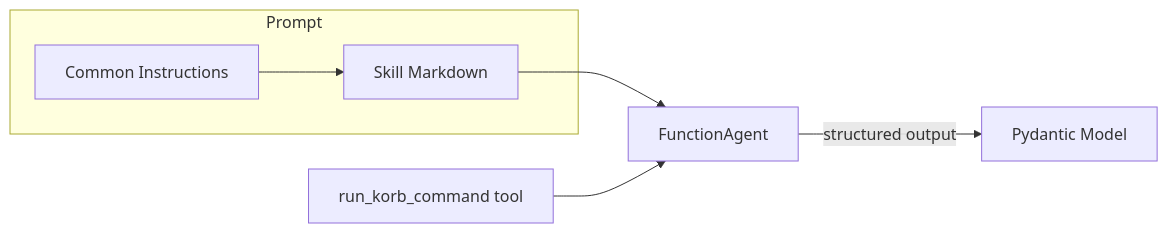
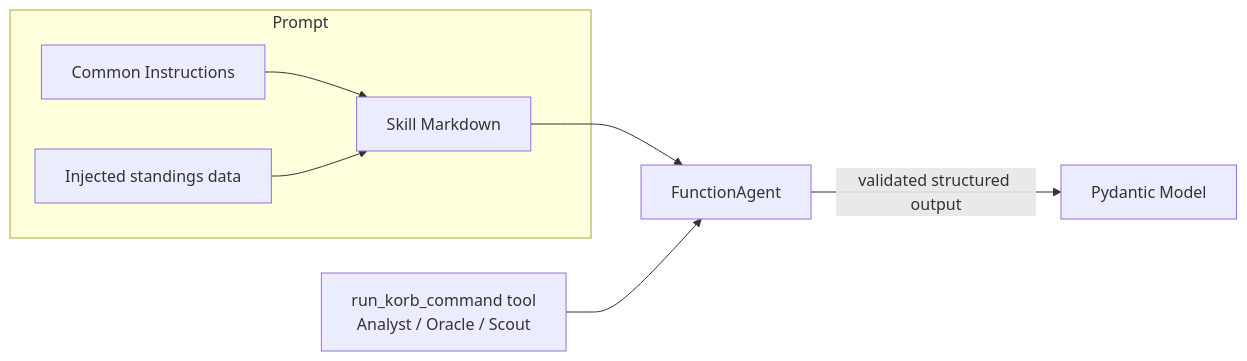
Before and after one commit to malvavisc0/korbpuls: the first of 5 diagrams in src/korbpuls/ai/skills/README.md, drawn with Mermaid. The commit also changed other lines of this file and 29 other files, not shown here.

````diff
--- a/src/korbpuls/ai/skills/README.md
+++ b/src/korbpuls/ai/skills/README.md
@@ -15,9 +15,10 @@
 ```mermaid
 graph LR
     subgraph Prompt
         CM[Common Instructions] --> SK[Skill Markdown]
+        DJ[Injected standings data] --> SK
     end
     SK --> AG[FunctionAgent]
-    TO[run_korb_command tool] --> AG
-    AG -->|structured output| PY[Pydantic Model]
+    TO[run_korb_command tool<br/>Analyst / Oracle / Scout] --> AG
+    AG -->|validated structured output| PY[Pydantic Model]
 ```
````
